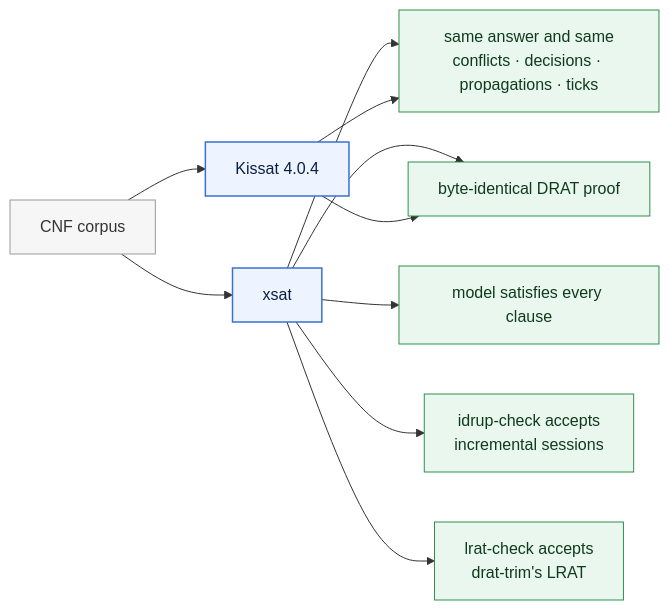
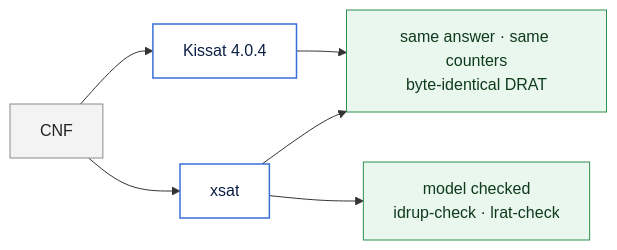
The diagram in docs/verification.mmd (orkait/xsat), drawn with Mermaid before and after one commit. The commit also changed 3 other files, not shown here.

Commit message:
docs(xsat): compact architecture and verification diagrams (#633)

```diff
--- a/docs/verification.mmd
+++ b/docs/verification.mmd
@@ -1,24 +1,14 @@
 flowchart LR
-  classDef input fill:#f6f6f6,stroke:#9a9a9a,color:#333
-  classDef run fill:#eef4ff,stroke:#3b6fd8,stroke-width:1.5px,color:#0b1f44
+  classDef input fill:#f3f3f3,stroke:#8a8a8a,color:#222
+  classDef run fill:#ffffff,stroke:#3b6fd8,stroke-width:1.5px,color:#0b1f44
   classDef check fill:#eaf7ee,stroke:#2f8f4e,color:#0f3b1d
 
-  cnf[CNF corpus]:::input
+  cnf[CNF]:::input
   xsat[xsat]:::run
   kissat[Kissat 4.0.4]:::run
+  same["same answer · same counters<br/>byte-identical DRAT"]:::check
+  checked["model checked<br/>idrup-check · lrat-check"]:::check
 
-  counters[same answer and same<br/>conflicts · decisions · propagations · ticks]:::check
-  drat[byte-identical DRAT proof]:::check
-  model[model satisfies every clause]:::check
-  idrup[idrup-check accepts<br/>incremental sessions]:::check
-  lrat[lrat-check accepts<br/>drat-trim's LRAT]:::check
-
-  cnf --> xsat
-  cnf --> kissat
-  xsat --> counters
-  kissat --> counters
-  xsat --> drat
-  kissat --> drat
-  xsat --> model
-  xsat --> idrup
-  xsat --> lrat
+  cnf --> xsat & kissat
+  xsat & kissat --> same
+  xsat --> checked
```
